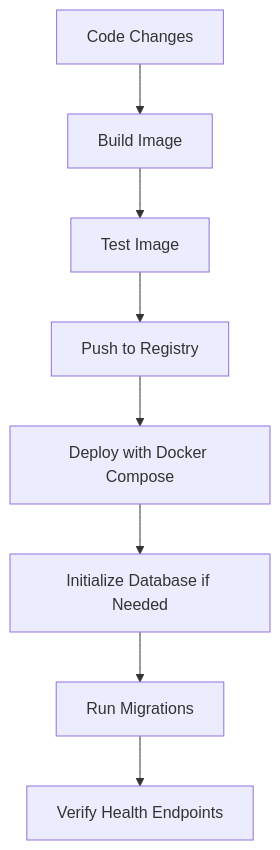
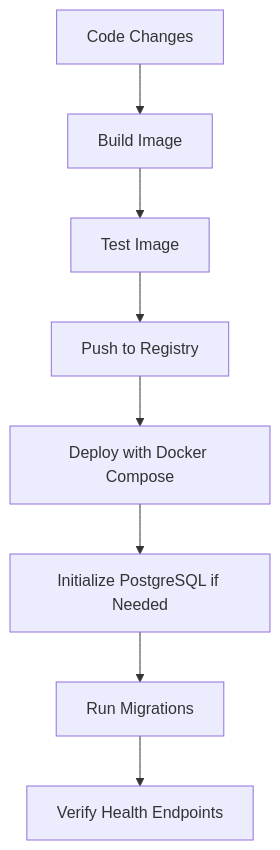
Before and after one commit to gsinghjay/mvp_qr_gen: the third of 3 diagrams in INFRASTRUCTURE.md, drawn with Mermaid. The commit also changed other lines of this file, not shown here.

Commit message:
docs: update infrastructure documentation for PostgreSQL architecture

````diff
--- a/INFRASTRUCTURE.md
+++ b/INFRASTRUCTURE.md
@@ -106,10 +111,10 @@
 ```mermaid
 flowchart TD
     A[Code Changes] --> B[Build Image]
     B --> C[Test Image]
     C --> D[Push to Registry]
     D --> E[Deploy with Docker Compose]
-    E --> F[Initialize Database if Needed]
+    E --> F[Initialize PostgreSQL if Needed]
     F --> G[Run Migrations]
     G --> H[Verify Health Endpoints]
 ```
````
